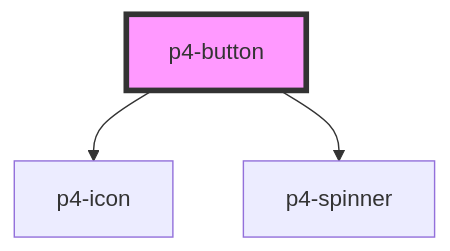
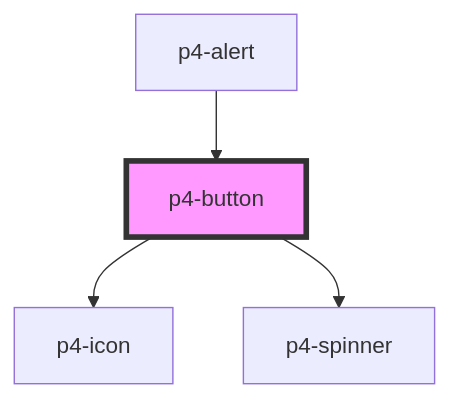
Before and after one commit to goatui/components: the diagram in src/components/p4-button/readme.md, drawn with Mermaid. The commit also changed other lines of this file and 53 other files, not shown here.

````diff
--- a/src/components/p4-button/readme.md
+++ b/src/components/p4-button/readme.md
@@ -39,6 +44,7 @@
 ```mermaid
 graph TD;
   p4-button --> p4-icon
   p4-button --> p4-spinner
+  p4-alert --> p4-button
   style p4-button fill:#f9f,stroke:#333,stroke-width:4px
 ```
````
